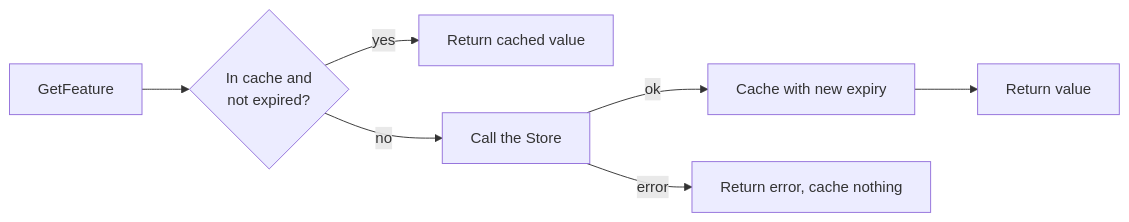
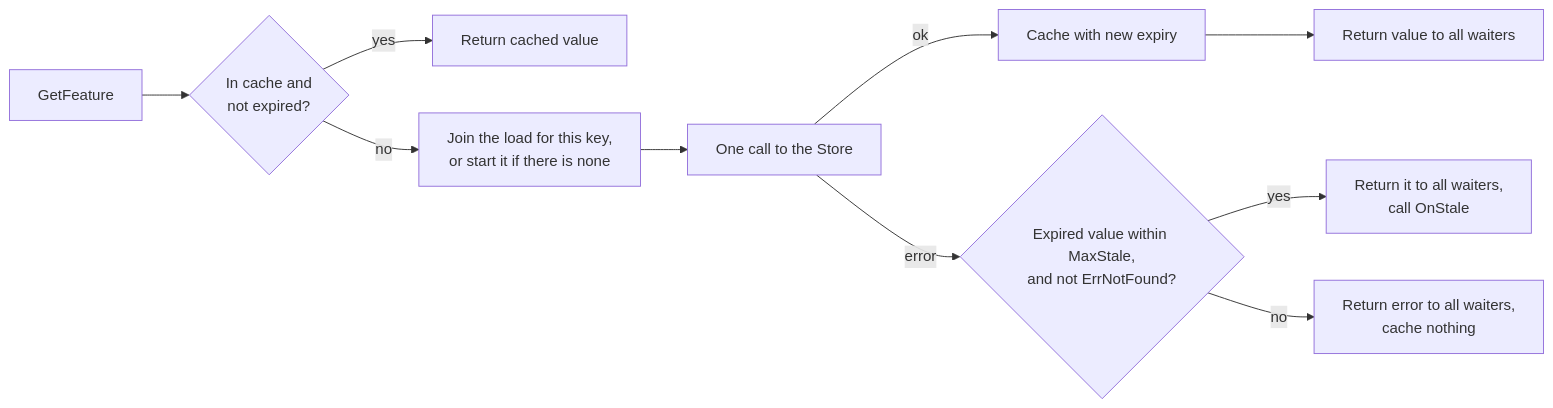
One commit to ariiesaka/backend-lab changed the diagram in go/featurecontrol/README.md. Above: the diagram before and after it, drawn with Mermaid. The commit also changed other lines of this file and 4 other files, not shown here.

````diff
--- a/go/featurecontrol/README.md
+++ b/go/featurecontrol/README.md
@@ -5,8 +5,11 @@
 ```mermaid
 flowchart LR
     A[GetFeature] --> B{In cache and<br>not expired?}
     B -- yes --> C[Return cached value]
-    B -- no --> D[Call the Store]
-    D -- ok --> E[Cache with new expiry] --> F[Return value]
-    D -- error --> G[Return error, cache nothing]
+    B -- no --> H[Join the load for this key,<br>or start it if there is none]
+    H --> D[One call to the Store]
+    D -- ok --> E[Cache with new expiry] --> F[Return value to all waiters]
+    D -- error --> I{Expired value within MaxStale,<br>and not ErrNotFound?}
+    I -- yes --> J[Return it to all waiters,<br>call OnStale]
+    I -- no --> G[Return error to all waiters,<br>cache nothing]
 ```
````
